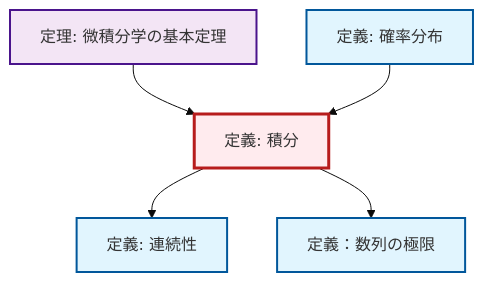
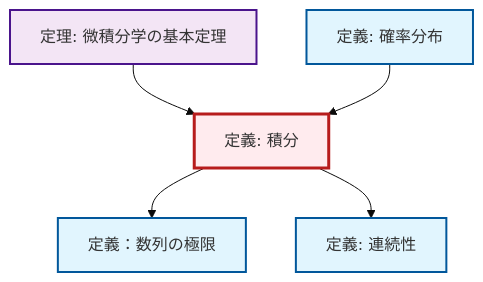
One commit to RK0429/ModernMath changed the diagram in content/ja/analysis/def-integral.qmd. Above: the diagram before and after it, drawn with Mermaid (base theme). The commit also changed 672 other files, not shown here.

````diff
--- a/content/ja/analysis/def-integral.qmd
+++ b/content/ja/analysis/def-integral.qmd
@@ -82,23 +82,23 @@
 ```{mermaid}
-%%| fig-cap: "Local dependency graph"
+%%| fig-cap: "ローカル依存関係グラフ"
 graph TD
     classDef definition fill:#e1f5fe,stroke:#01579b,stroke-width:2px
     classDef theorem fill:#f3e5f5,stroke:#4a148c,stroke-width:2px
     classDef axiom fill:#fff3e0,stroke:#e65100,stroke-width:2px
     classDef example fill:#e8f5e9,stroke:#1b5e20,stroke-width:2px
     classDef current fill:#ffebee,stroke:#b71c1c,stroke-width:3px
     def-limit["定義：数列の極限"]:::definition
+    thm-fundamental-calculus["定理: 微積分学の基本定理"]:::theorem
     def-probability-distribution["定義: 確率分布"]:::definition
     def-continuity["定義: 連続性"]:::definition
     def-integral["定義: 積分"]:::definition
-    thm-fundamental-calculus["定理: 微積分学の基本定理"]:::theorem
     thm-fundamental-calculus --> def-integral
+    def-integral --> def-limit
+    def-integral --> def-continuity
     def-probability-distribution --> def-integral
-    def-integral --> def-continuity
-    def-integral --> def-limit
     class def-integral current
     click def-limit "def-limit.html" "定義：数列の極限へ"
+    click thm-fundamental-calculus "thm-fundamental-calculus.html" "微積分学の基本定理の定理へ"
     click def-probability-distribution "def-probability-distribution.html" "確率分布の定義へ"
     click def-continuity "def-continuity.html" "連続性の定義へ"
-    click thm-fundamental-calculus "thm-fundamental-calculus.html" "微積分学の基本定理の定理へ"
 ```
````
